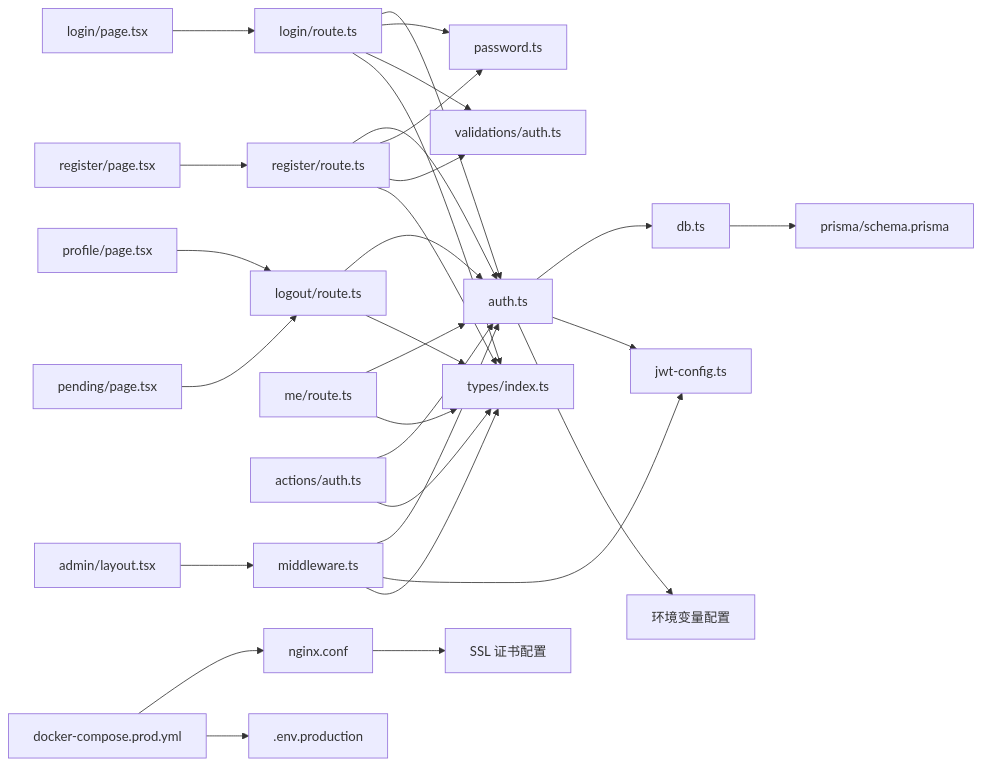
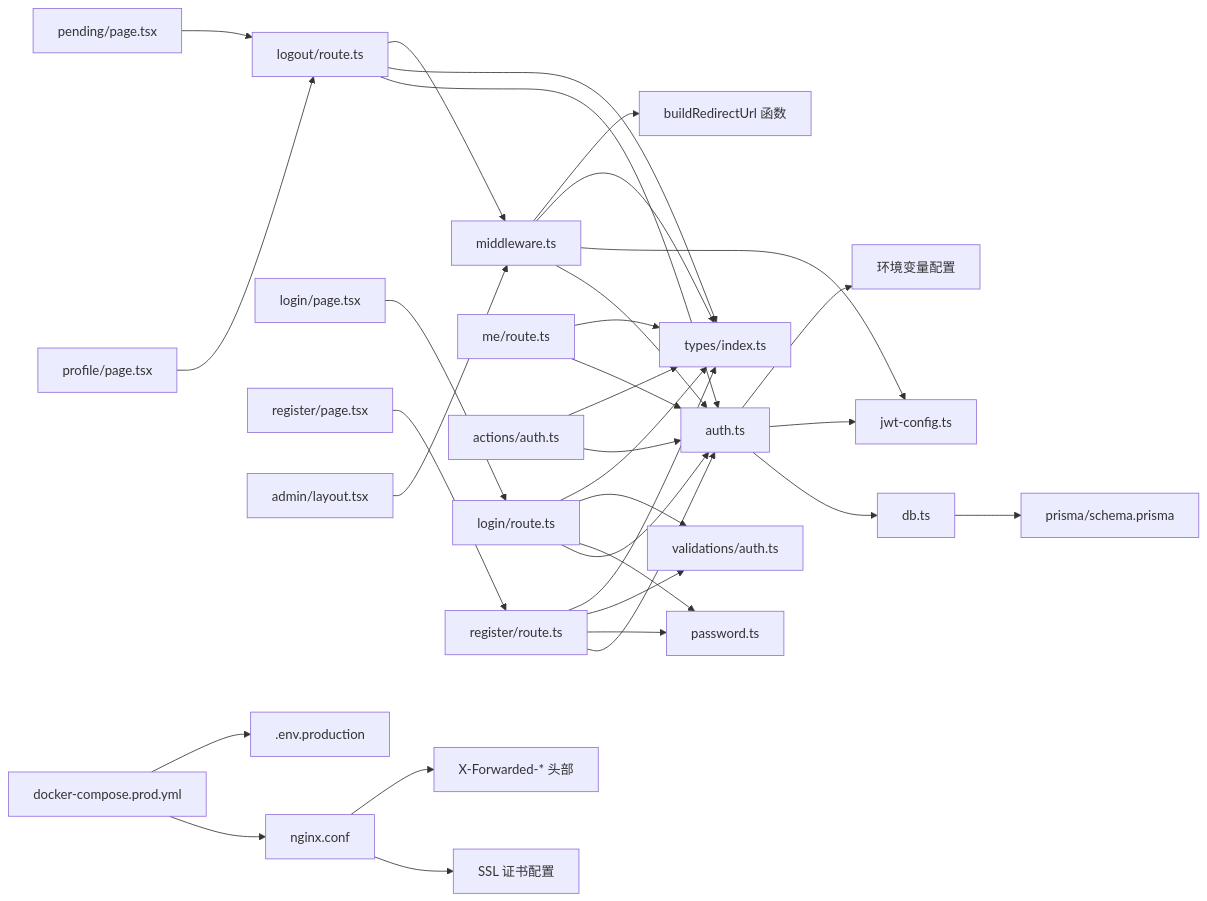
Before and after one commit to three3638-arch/celestia_2b: the eighth of 8 diagrams in .qoder/repowiki/zh/content/认证系统/认证系统.md, drawn with Mermaid. The commit also changed other lines of this file and 9 other files, not shown here.

````diff
--- a/.qoder/repowiki/zh/content/认证系统/认证系统.md
+++ b/.qoder/repowiki/zh/content/认证系统/认证系统.md
@@ -511,32 +564,35 @@
 ```mermaid
 graph LR
 LoginRoute["login/route.ts"] --> AuthLib["auth.ts"]
 LoginRoute --> PassLib["password.ts"]
 LoginRoute --> Valid["validations/auth.ts"]
 LoginRoute --> Types["types/index.ts"]
 RegisterRoute["register/route.ts"] --> AuthLib
 RegisterRoute --> PassLib
 RegisterRoute --> Valid
 RegisterRoute --> Types
 LogoutRoute["logout/route.ts"] --> AuthLib
 LogoutRoute --> Types
+LogoutRoute --> Middleware["middleware.ts"]
 MeRoute["me/route.ts"] --> AuthLib
 MeRoute --> Types
 AuthLib --> DBLib["db.ts"]
 AuthLib --> JWTConfig["jwt-config.ts"]
 AuthLib --> EnvConfig["环境变量配置"]
 ActionsAuth["actions/auth.ts"] --> AuthLib
 ActionsAuth --> Types
 Middleware["middleware.ts"] --> AuthLib
 Middleware --> JWTConfig
 Middleware --> Types
+Middleware --> BuildRedirect["buildRedirectUrl 函数"]
 DBLib --> Schema["prisma/schema.prisma"]
 ClientLogin["login/page.tsx"] --> LoginRoute
 ClientRegister["register/page.tsx"] --> RegisterRoute
 ClientProfile["profile/page.tsx"] --> LogoutRoute
 ClientPending["pending/page.tsx"] --> LogoutRoute
 AdminLayout["admin/layout.tsx"] --> Middleware
 DockerCompose["docker-compose.prod.yml"] --> Nginx["nginx.conf"]
 DockerCompose --> EnvFile[".env.production"]
 Nginx --> SSL["SSL 证书配置"]
+Nginx --> Forwarded["X-Forwarded-* 头部"]
 ```
````
